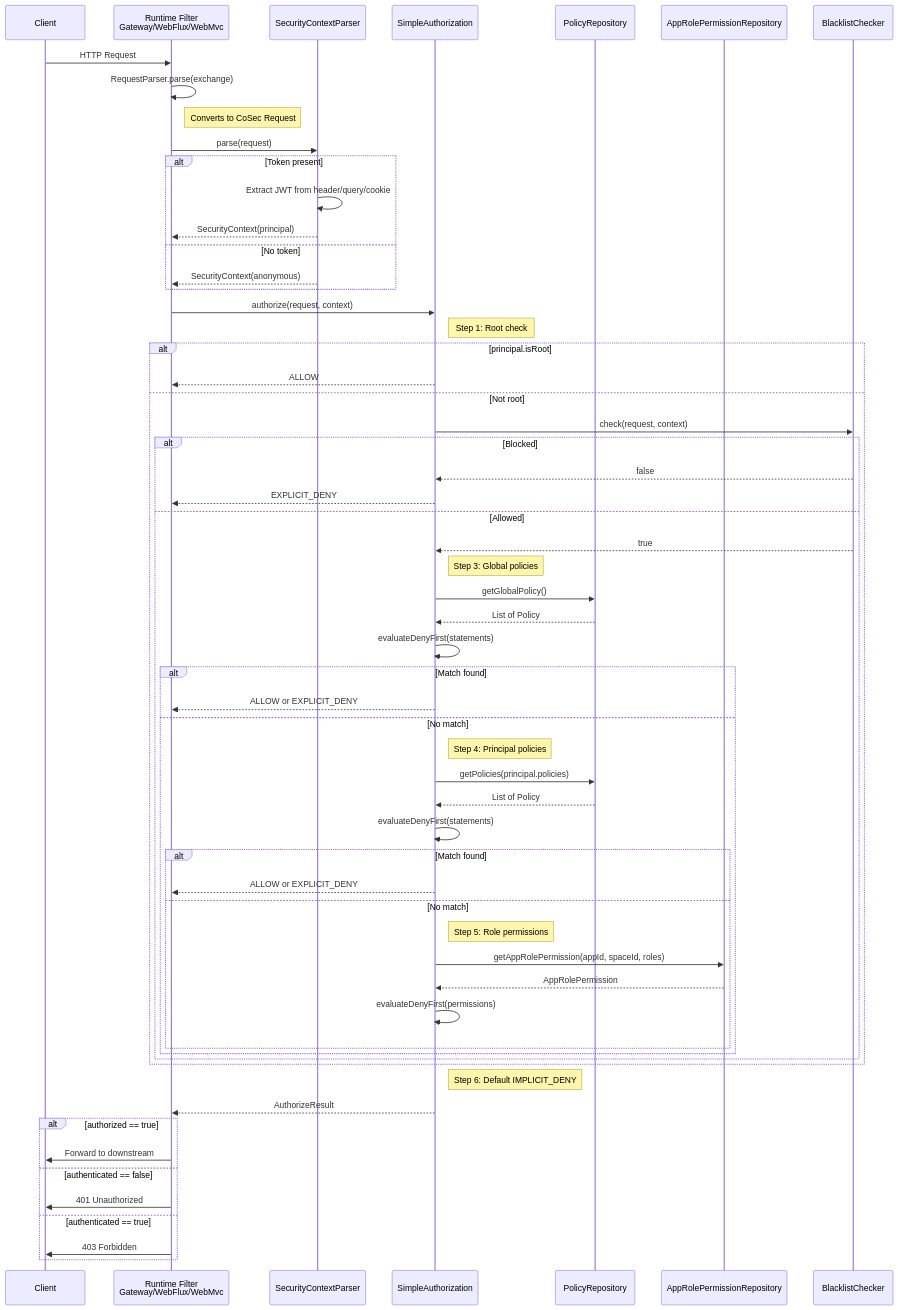
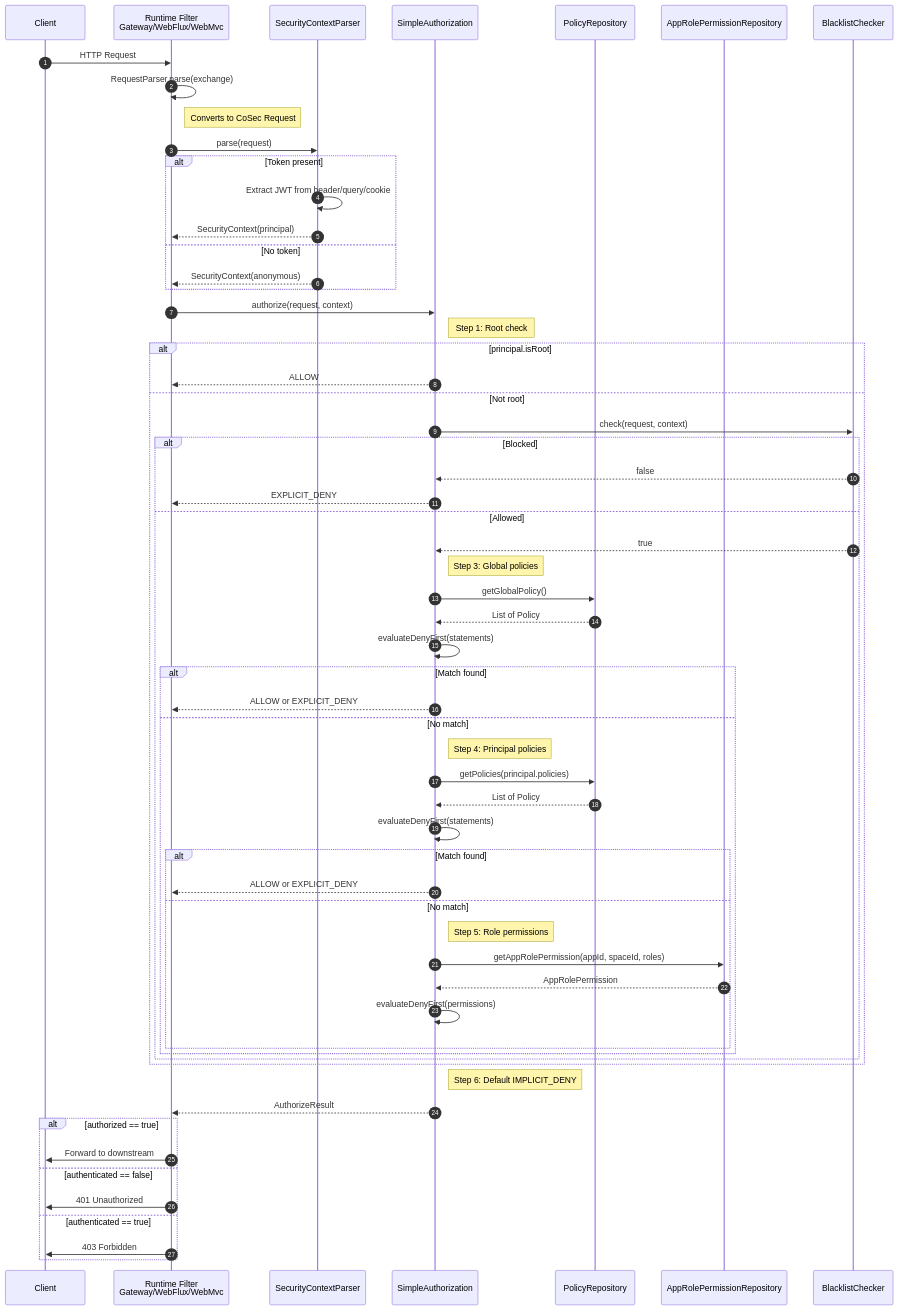
Before and after one commit to Ahoo-Wang/CoSec: the third of 8 diagrams in wiki/onboarding/staff-engineer.md, drawn with Mermaid. The commit also changed other lines of this file and 59 other files, not shown here.

````diff
--- a/wiki/onboarding/staff-engineer.md
+++ b/wiki/onboarding/staff-engineer.md
@@ -244,70 +244,71 @@
 ```mermaid
 sequenceDiagram
+    autonumber
     participant Client
     participant Filter as Runtime Filter<br>Gateway/WebFlux/WebMvc
     participant Parser as SecurityContextParser
     participant Auth as SimpleAuthorization
     participant PR as PolicyRepository
     participant ARPR as AppRolePermissionRepository
     participant BC as BlacklistChecker
 
     Client->>Filter: HTTP Request
     Filter->>Filter: RequestParser.parse(exchange)
     Note right of Filter: Converts to CoSec Request
 
     Filter->>Parser: parse(request)
     alt Token present
         Parser->>Parser: Extract JWT from header/query/cookie
         Parser-->>Filter: SecurityContext(principal)
     else No token
         Parser-->>Filter: SecurityContext(anonymous)
     end
 
     Filter->>Auth: authorize(request, context)
     Note right of Auth: Step 1: Root check
 
     alt principal.isRoot
         Auth-->>Filter: ALLOW
     else Not root
         Auth->>BC: check(request, context)
         alt Blocked
             BC-->>Auth: false
             Auth-->>Filter: EXPLICIT_DENY
         else Allowed
             BC-->>Auth: true
             Note right of Auth: Step 3: Global policies
             Auth->>PR: getGlobalPolicy()
             PR-->>Auth: List of Policy
             Auth->>Auth: evaluateDenyFirst(statements)
 
             alt Match found
                 Auth-->>Filter: ALLOW or EXPLICIT_DENY
             else No match
                 Note right of Auth: Step 4: Principal policies
                 Auth->>PR: getPolicies(principal.policies)
                 PR-->>Auth: List of Policy
                 Auth->>Auth: evaluateDenyFirst(statements)
 
                 alt Match found
                     Auth-->>Filter: ALLOW or EXPLICIT_DENY
                 else No match
                     Note right of Auth: Step 5: Role permissions
                     Auth->>ARPR: getAppRolePermission(appId, spaceId, roles)
                     ARPR-->>Auth: AppRolePermission
                     Auth->>Auth: evaluateDenyFirst(permissions)
                 end
             end
         end
     end
 
     Note right of Auth: Step 6: Default IMPLICIT_DENY
     Auth-->>Filter: AuthorizeResult
 
     alt authorized == true
         Filter->>Client: Forward to downstream
     else authenticated == false
         Filter->>Client: 401 Unauthorized
     else authenticated == true
         Filter->>Client: 403 Forbidden
     end
 ```
````
